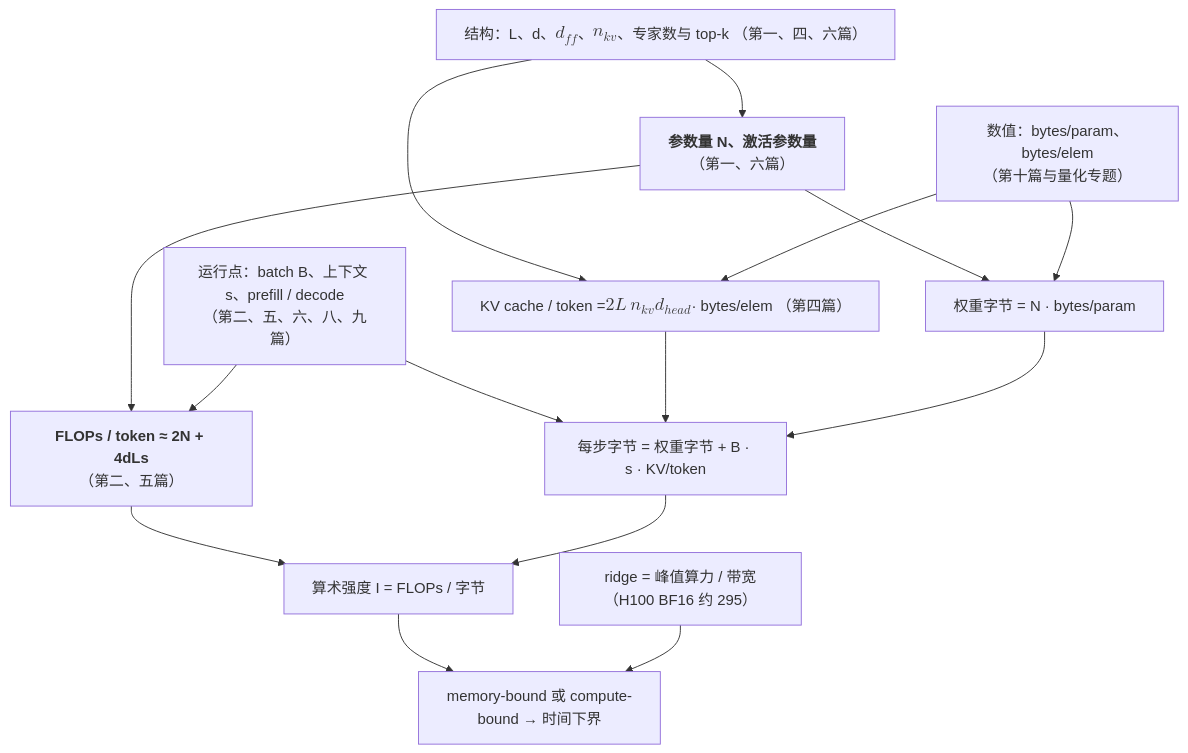
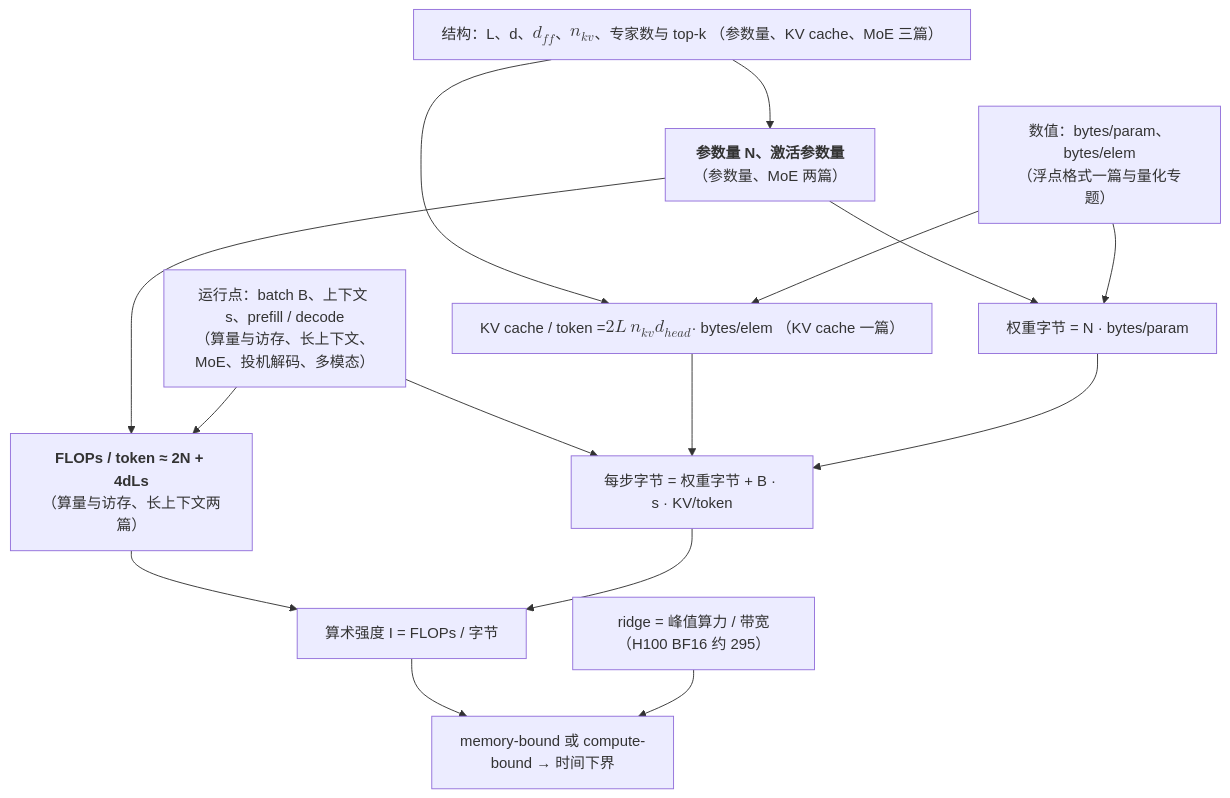
Before and after one commit to arganzheng/arganzheng.github.com: the second of 2 diagrams in _posts/2026-04-09-transformer-and-llm-series-recap-and-self-test.md, drawn with Mermaid. The commit also changed other lines of this file and 1 other file, not shown here.

````diff
--- a/_posts/2026-04-09-transformer-and-llm-series-recap-and-self-test.md
+++ b/_posts/2026-04-09-transformer-and-llm-series-recap-and-self-test.md
@@ -237,29 +381,29 @@
 ```mermaid
 %% 图：本系列共用的成本模型：结构与数值决定参数量、权重字节与 KV cache，运行点决定工作点，算术强度与 ridge 比较
 flowchart TB
-    S["结构：L、d、$$d_{ff}$$、$$n_{kv}$$、专家数与 top-k<br/>（第一、四、六篇）"]
-    N["<b>参数量 N、激活参数量</b><br/>（第一、六篇）"]
-    K["KV cache / token = $$2 L\, n_{kv} d_{head}$$ · bytes/elem<br/>（第四篇）"]
-    D["数值：bytes/param、bytes/elem<br/>（第十篇与量化专题）"]
+    S["结构：L、d、$$d_{ff}$$、$$n_{kv}$$、专家数与 top-k<br/>（参数量、KV cache、MoE 三篇）"]
+    N["<b>参数量 N、激活参数量</b><br/>（参数量、MoE 两篇）"]
+    K["KV cache / token = $$2 L\, n_{kv} d_{head}$$ · bytes/elem<br/>（KV cache 一篇）"]
+    D["数值：bytes/param、bytes/elem<br/>（浮点格式一篇与量化专题）"]
     W["权重字节 = N · bytes/param"]
-    F["<b>FLOPs / token ≈ 2N + 4dLs</b><br/>（第二、五篇）"]
-    R["运行点：batch B、上下文 s、prefill / decode<br/>（第二、五、六、八、九篇）"]
+    F["<b>FLOPs / token ≈ 2N + 4dLs</b><br/>（算量与访存、长上下文两篇）"]
+    R["运行点：batch B、上下文 s、prefill / decode<br/>（算量与访存、长上下文、MoE、投机解码、多模态）"]
     H["每步字节 = 权重字节 + B · s · KV/token"]
     I["算术强度 I = FLOPs / 字节"]
     G["ridge = 峰值算力 / 带宽（H100 BF16 约 295）"]
     T["memory-bound 或 compute-bound → 时间下界"]
     S --> N
     S --> K
     N --> W
     D --> W
     D --> K
     N --> F
     R --> F
     R --> H
     K --> H
     W --> H
     F --> I
     H --> I
     I --> T
     G --> T
 ```
````
